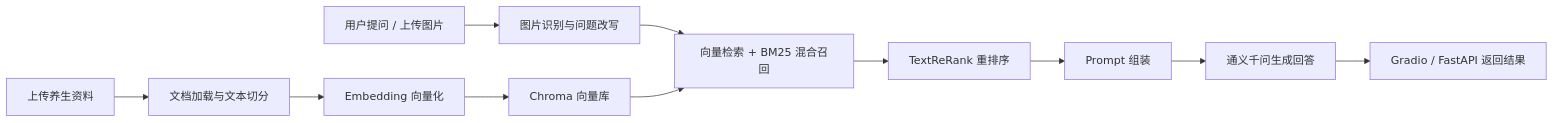
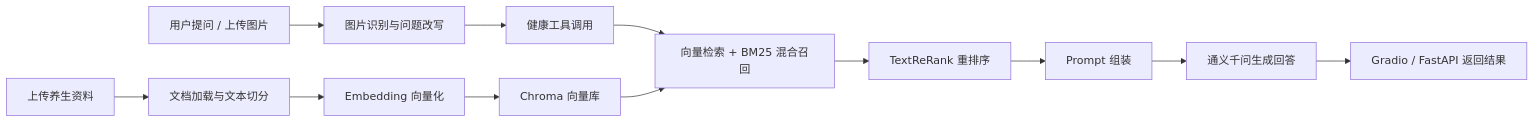
Before and after one commit to alln-hank/rag-health-assistant: the diagram in README.md, drawn with Mermaid. The commit also changed other lines of this file and 8 other files, not shown here.

````diff
--- a/README.md
+++ b/README.md
@@ -40,13 +44,14 @@
 ```mermaid
 flowchart LR
     A["上传养生资料"] --> B["文档加载与文本切分"]
     B --> C["Embedding 向量化"]
     C --> D["Chroma 向量库"]
     E["用户提问 / 上传图片"] --> F["图片识别与问题改写"]
-    F --> G["向量检索 + BM25 混合召回"]
+    F --> L["健康工具调用"]
+    L --> G["向量检索 + BM25 混合召回"]
     D --> G
     G --> H["TextReRank 重排序"]
     H --> I["Prompt 组装"]
     I --> J["通义千问生成回答"]
     J --> K["Gradio / FastAPI 返回结果"]
 ```
````
